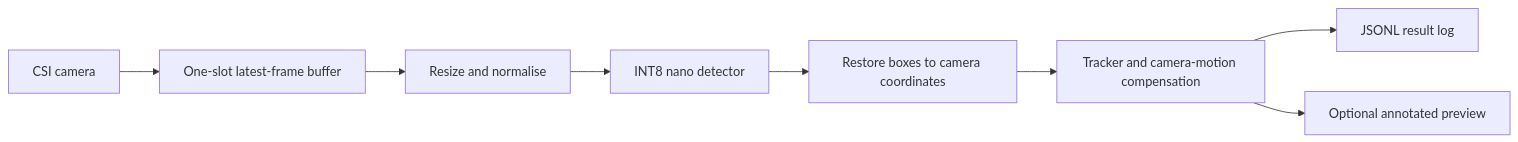
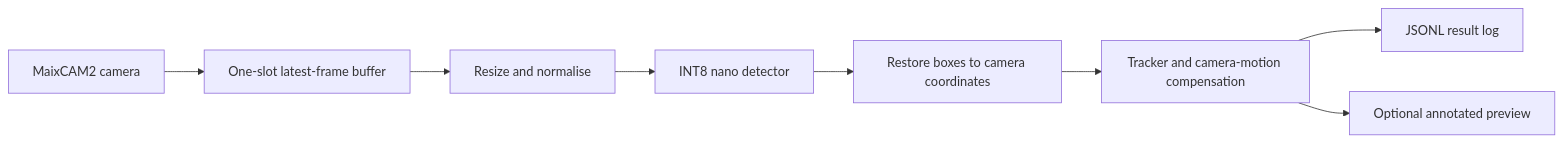
Before and after one commit to bennytay/aero_vlm: the diagram in docs/building_low_cost_aerial_tracking.md, drawn with Mermaid. The commit also changed other lines of this file and 9 other files, not shown here.

Commit message:
Make MaixCAM2 the flight target

````diff
--- a/docs/building_low_cost_aerial_tracking.md
+++ b/docs/building_low_cost_aerial_tracking.md
@@ -228,10 +225,10 @@
 ```mermaid
 flowchart LR
-    A["CSI camera"] --> B["One-slot latest-frame buffer"]
+    A["MaixCAM2 camera"] --> B["One-slot latest-frame buffer"]
     B --> C["Resize and normalise"]
     C --> D["INT8 nano detector"]
     D --> E["Restore boxes to camera coordinates"]
     E --> F["Tracker and camera-motion compensation"]
     F --> G["JSONL result log"]
     F --> H["Optional annotated preview"]
 ```
````
